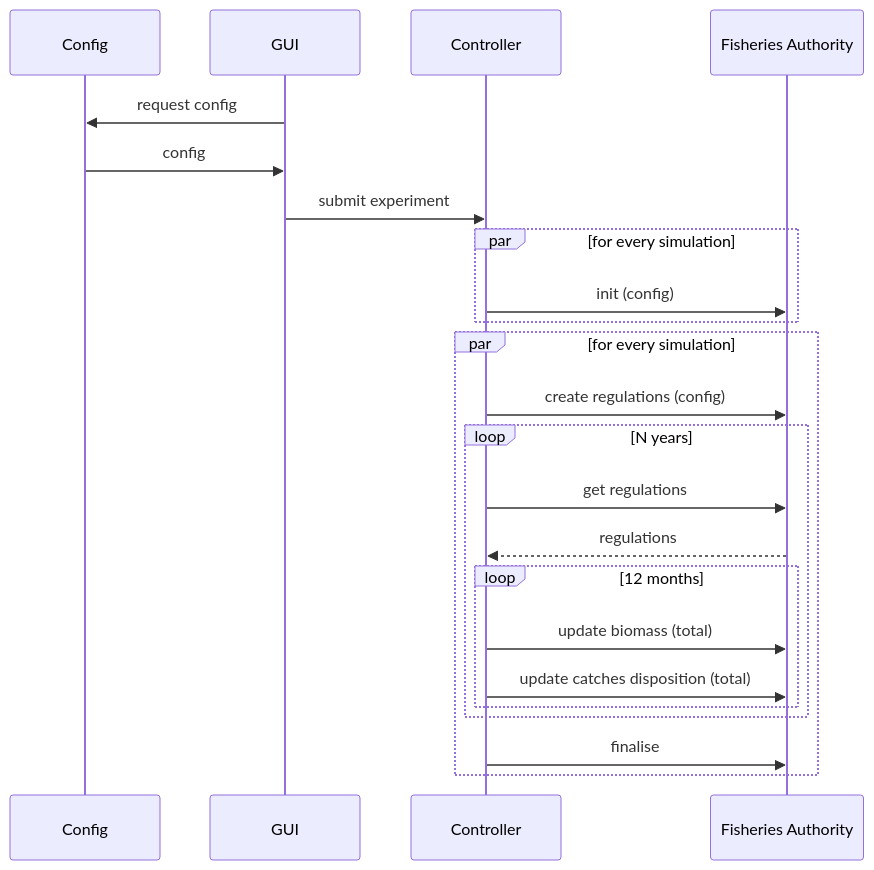
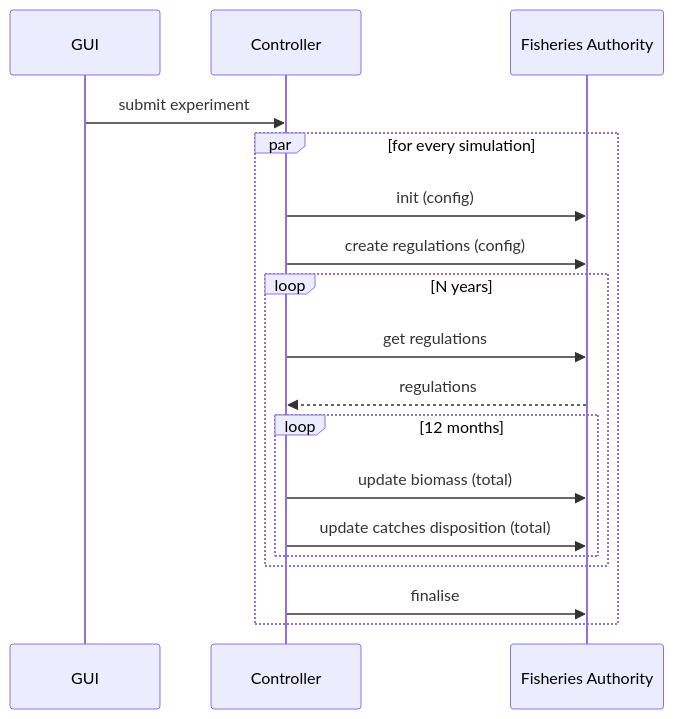
The diagram in deliverables/D3.8 - MSE policy model/D3.8 - MSE policy model.md (SURIMI-Project/SURIMI-project), drawn with Mermaid before and after one commit. The commit also changed other lines of this file and 1 other file, not shown here.

````diff
--- a/deliverables/D3.8 - MSE policy model/D3.8 - MSE policy model.md
+++ b/deliverables/D3.8 - MSE policy model/D3.8 - MSE policy model.md
@@ -36,36 +46,31 @@
 ```mermaid
 
  sequenceDiagram
 
-    participant Config
     participant GUI
     participant Controller
     participant Fisheries Authority
 
     %% Initialisation %%
     %% this is the init %%
-    GUI ->> Config: request config
-    Config ->> GUI: config
     GUI ->> Controller: submit experiment
     par for every simulation
 
     Controller ->> Fisheries Authority: init (config)
-    end
 
     %% Simulation %%
     %% starting the simulation %%
 
-    par for every simulation
     Controller ->> Fisheries Authority: create regulations (config)
 
     loop N years
         Controller ->> Fisheries Authority: get regulations
         Fisheries Authority -->> Controller: regulations
         loop 12 months
             Controller ->> Fisheries Authority: update biomass (total)
             Controller ->> Fisheries Authority: update catches disposition (total)
         end
     end
     Controller ->> Fisheries Authority: finalise
 end
 ```
````
